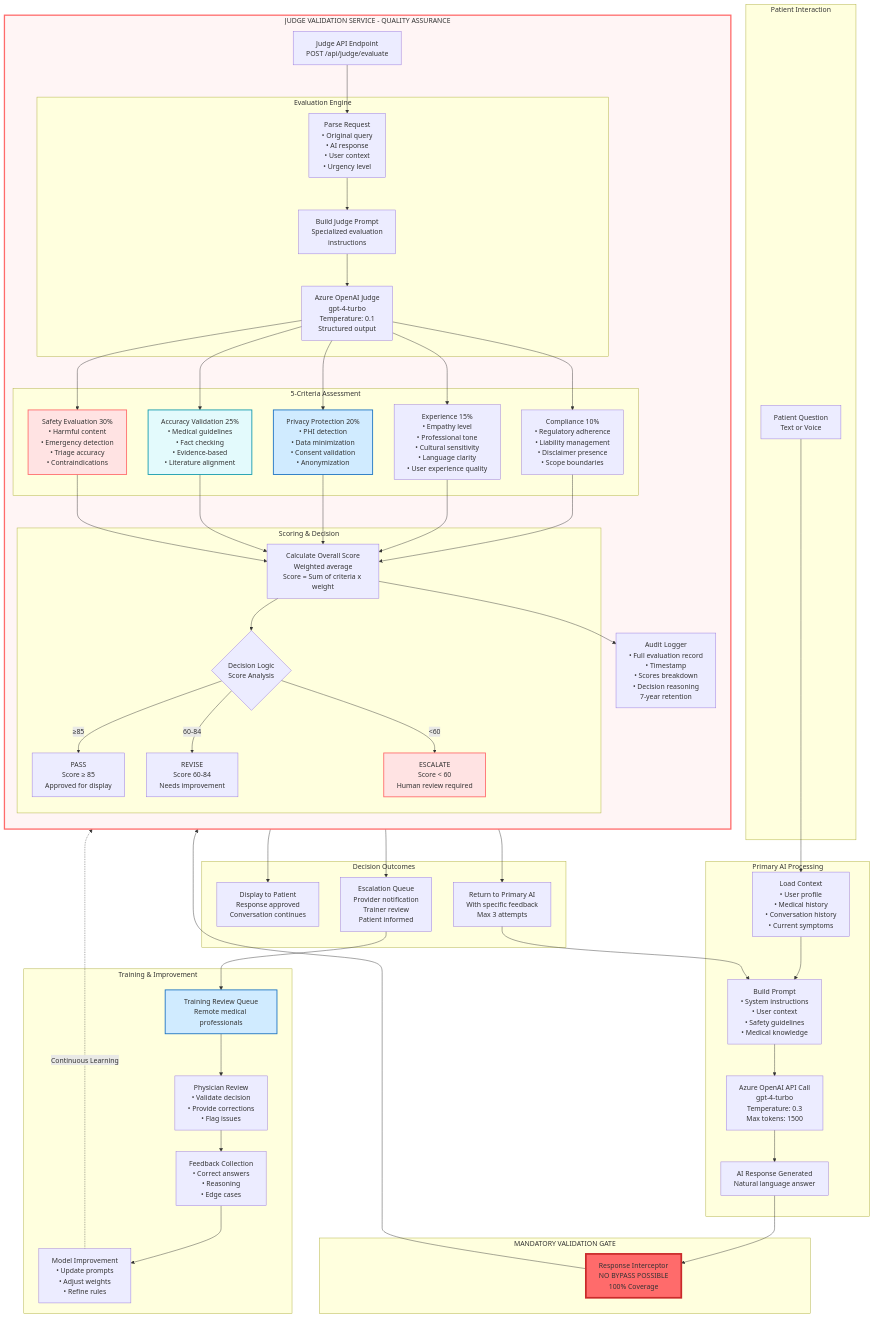
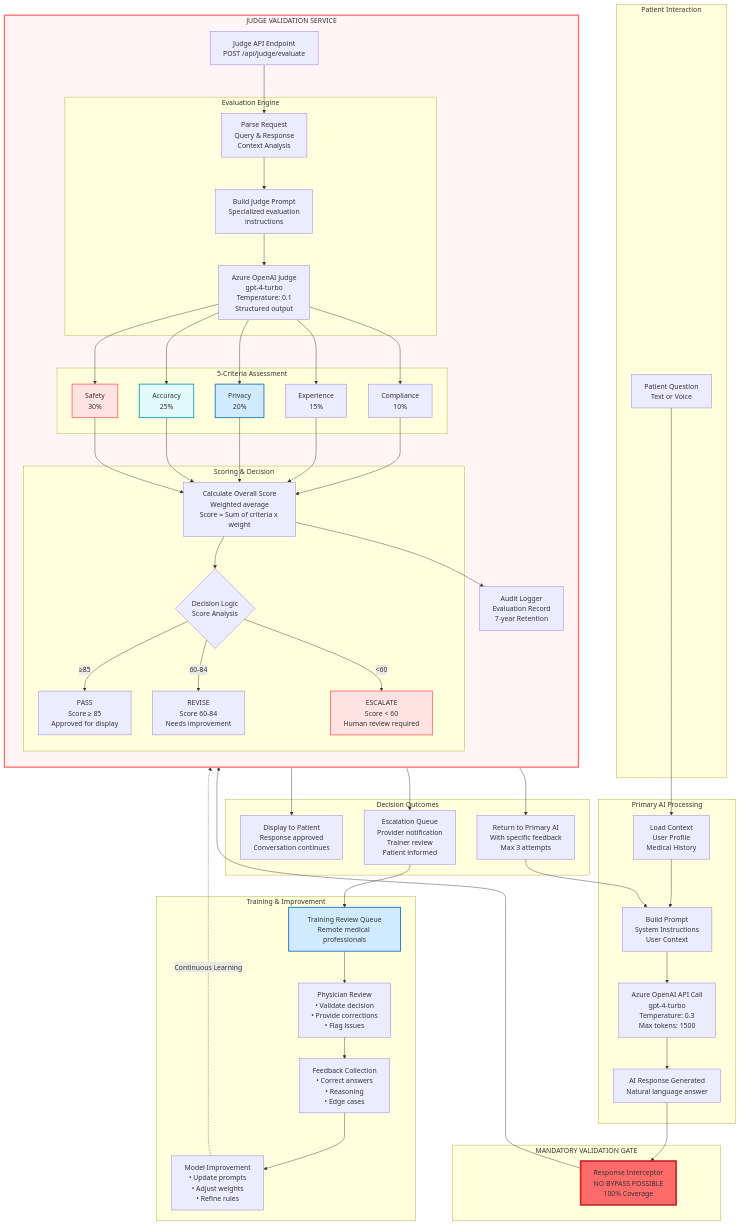
One commit to gauravpandeydigilantern/ZIA changed the second of 16 diagrams in README.md. Above: the diagram before and after it, drawn with Mermaid. The commit also changed other lines of this file, not shown here.

```diff
--- a/README.md
+++ b/README.md
@@ -126,9 +126,9 @@
     end
     
     subgraph PrimaryAI["Primary AI Processing"]
-        CONTEXT[Load Context<br/>• User profile<br/>• Medical history<br/>• Conversation history<br/>• Current symptoms]
+        CONTEXT[Load Context<br/>User Profile<br/>Medical History]
         
-        PROMPT[Build Prompt<br/>• System instructions<br/>• User context<br/>• Safety guidelines<br/>• Medical knowledge]
+        PROMPT[Build Prompt<br/>System Instructions<br/>User Context]
         
         GENERATE[Azure OpenAI API Call<br/>gpt-4-turbo<br/>Temperature: 0.3<br/>Max tokens: 1500]
         
@@ -139,13 +139,19 @@
         INTERCEPT[Response Interceptor<br/>NO BYPASS POSSIBLE<br/>100% Coverage]
     end
     
-    subgraph JudgeSystem["JUDGE VALIDATION SERVICE - QUALITY ASSURANCE"]
+    subgraph JudgeSystem["JUDGE VALIDATION SERVICE"]
+
+
+
+
+
+
         direction TB
         
         JUDGEAPI[Judge API Endpoint<br/>POST /api/judge/evaluate]
         
         subgraph EvaluationEngine["Evaluation Engine"]
-            PARSE[Parse Request<br/>• Original query<br/>• AI response<br/>• User context<br/>• Urgency level]
+            PARSE[Parse Request<br/>Query & Response<br/>Context Analysis]
             
             BUILD[Build Judge Prompt<br/>Specialized evaluation<br/>instructions]
             
@@ -153,15 +159,11 @@
         end
         
         subgraph CriteriaEvaluation["5-Criteria Assessment"]
-            SAFETY[Safety Evaluation 30%<br/>• Harmful content<br/>• Emergency detection<br/>• Triage accuracy<br/>• Contraindications]
-            
-            ACCURACY[Accuracy Validation 25%<br/>• Medical guidelines<br/>• Fact checking<br/>• Evidence-based<br/>• Literature alignment]
-            
-            PRIVACY[Privacy Protection 20%<br/>• PHI detection<br/>• Data minimization<br/>• Consent validation<br/>• Anonymization]
-            
-            TONE[Experience 15%<br/>• Empathy level<br/>• Professional tone<br/>• Cultural sensitivity<br/>• Language clarity<br/>• User experience quality]
-            
-            COMPLIANCE[Compliance 10%<br/>• Regulatory adherence<br/>• Liability management<br/>• Disclaimer presence<br/>• Scope boundaries]
+            SAFETY[Safety<br/>30%]
+            ACCURACY[Accuracy<br/>25%]
+            PRIVACY[Privacy<br/>20%]
+            TONE[Experience<br/>15%]
+            COMPLIANCE[Compliance<br/>10%]
         end
         
         subgraph Scoring["Scoring & Decision"]
@@ -176,7 +178,7 @@
             ESCALATE[ESCALATE<br/>Score < 60<br/>Human review required]
         end
         
-        AUDIT[Audit Logger<br/>• Full evaluation record<br/>• Timestamp<br/>• Scores breakdown<br/>• Decision reasoning<br/>7-year retention]
+        AUDIT[Audit Logger<br/>Evaluation Record<br/>7-year Retention]
     end
     
     subgraph Outcomes["Decision Outcomes"]
```
